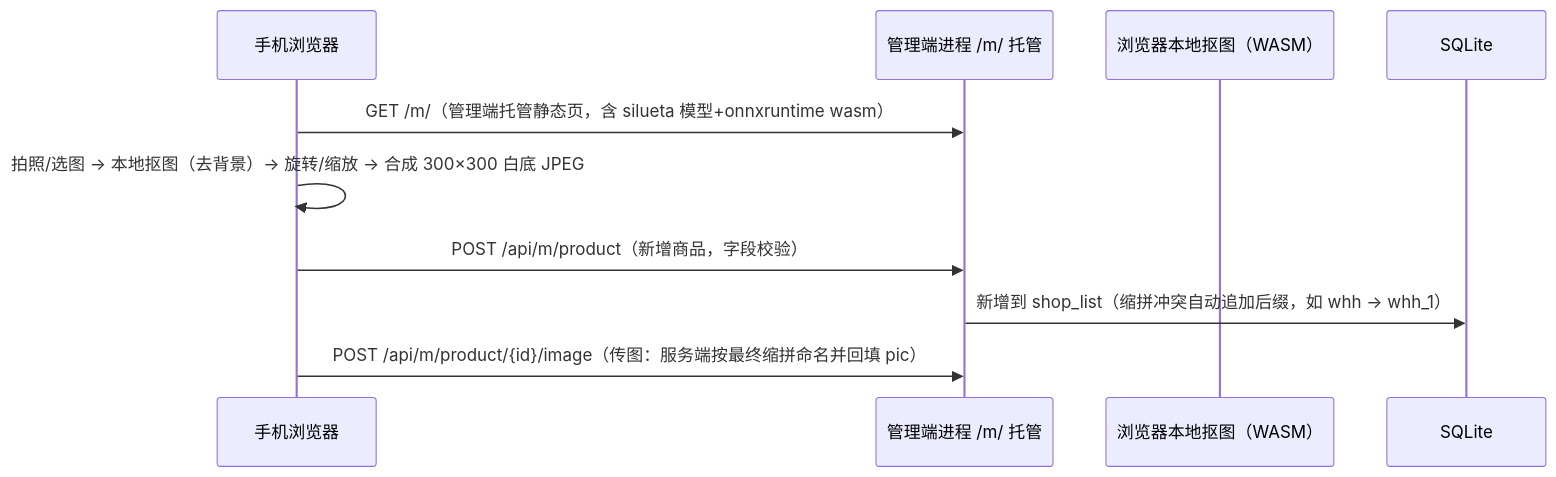
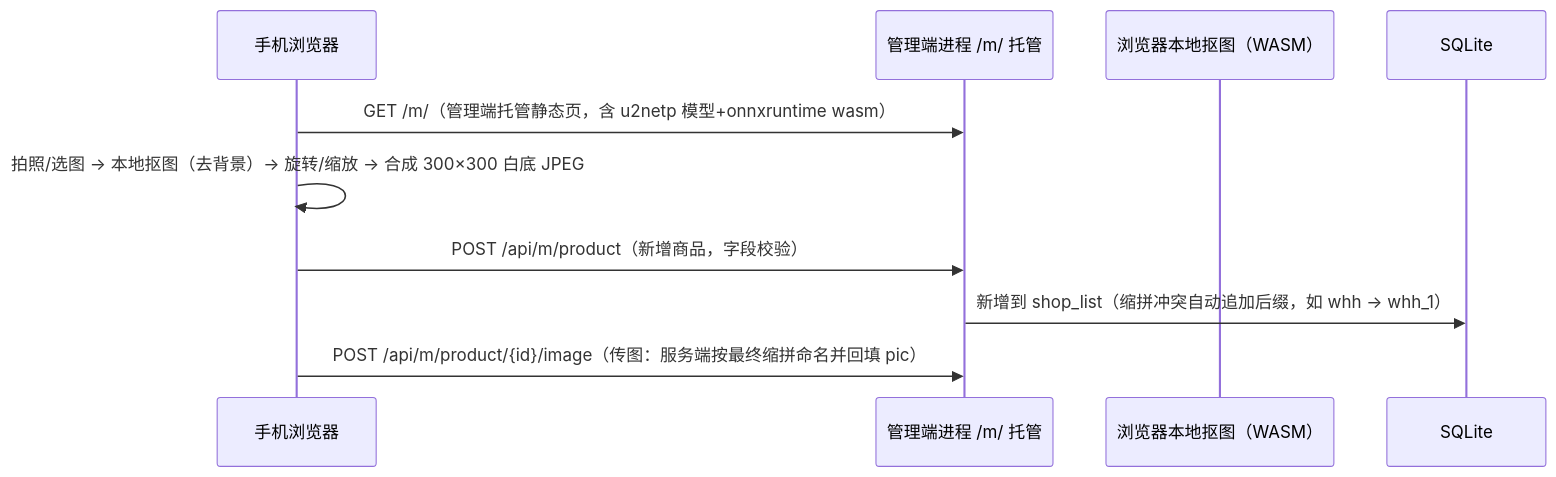
The seventh of 8 diagrams in README.md (ZYD045692/cybercafeShop), drawn with Mermaid before and after one commit. The commit also changed other lines of this file and 1 other file, not shown here.

Commit message:
README/CLAUDE.md 对齐实际：补手机端三端模型、通知卡片 CSS 圆角、管理端图片 2MB、seed/web/m 每次覆盖等

````diff
--- a/README.md
+++ b/README.md
@@ -215,13 +215,13 @@
 ```mermaid
 sequenceDiagram
     participant P as 手机浏览器
     participant S as 管理端进程 /m/ 托管
     participant IMG as 浏览器本地抠图（WASM）
     participant DB as SQLite
 
-    P->>S: GET /m/（管理端托管静态页，含 silueta 模型+onnxruntime wasm）
+    P->>S: GET /m/（管理端托管静态页，含 u2netp 模型+onnxruntime wasm）
     P->>P: 拍照/选图 → 本地抠图（去背景）→ 旋转/缩放 → 合成 300×300 白底 JPEG
     P->>S: POST /api/m/product（新增商品，字段校验）
     S->>DB: 新增到 shop_list（缩拼冲突自动追加后缀，如 whh → whh_1）
     P->>S: POST /api/m/product/{id}/image（传图：服务端按最终缩拼命名并回填 pic）
 ```
````
